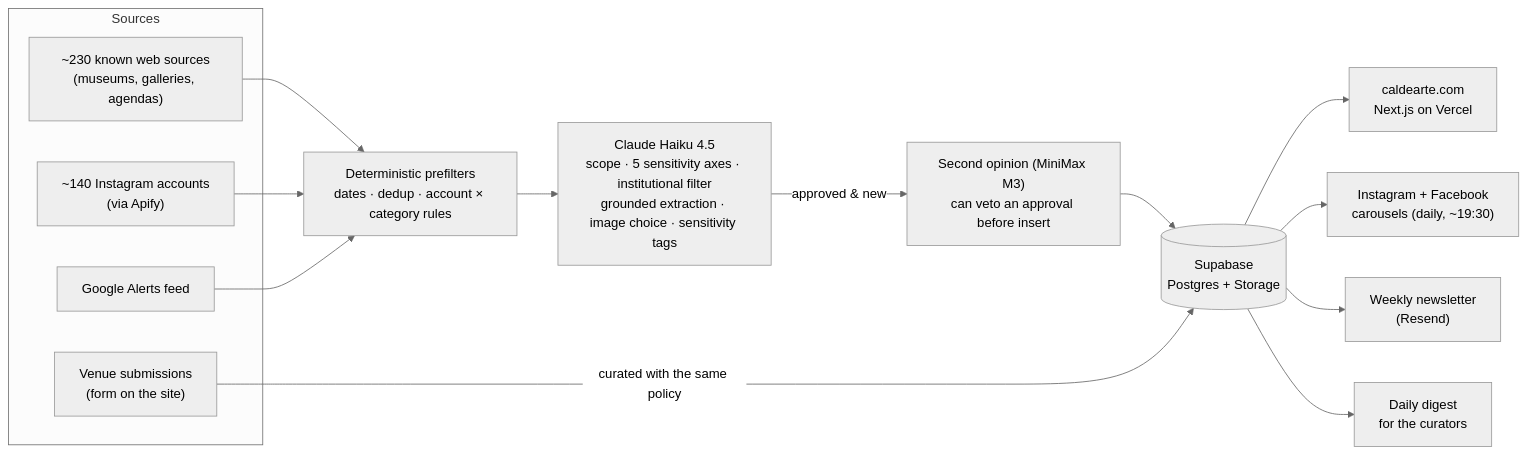
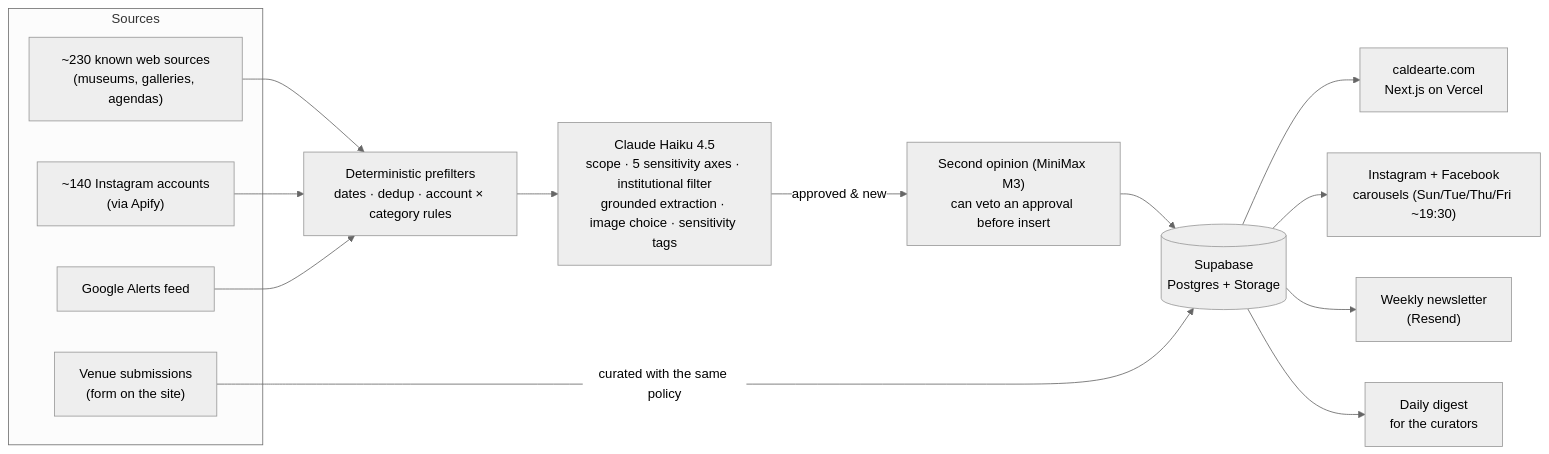
One commit to caldearte/caldearte changed the diagram in README.md. Above: the diagram before and after it, drawn with Mermaid (neutral theme). The commit also changed other lines of this file and 4 other files, not shown here.

````diff
--- a/README.md
+++ b/README.md
@@ -38,20 +38,20 @@
 ```mermaid
 flowchart LR
   subgraph Sources
     A["~230 known web sources<br/>(museums, galleries, agendas)"]
     B["~140 Instagram accounts<br/>(via Apify)"]
     C["Google Alerts feed"]
     D["Venue submissions<br/>(form on the site)"]
   end
 
   A & B & C --> P["Deterministic prefilters<br/>dates · dedup · account × category rules"]
   P --> H["Claude Haiku 4.5<br/>scope · 5 sensitivity axes · institutional filter<br/>grounded extraction · image choice · sensitivity tags"]
   H -- approved & new --> M["Second opinion (MiniMax M3)<br/>can veto an approval before insert"]
   M --> DB[("Supabase<br/>Postgres + Storage")]
   D -- curated with the same policy --> DB
 
   DB --> W["caldearte.com<br/>Next.js on Vercel"]
-  DB --> S["Instagram + Facebook<br/>carousels (daily, ~19:30)"]
+  DB --> S["Instagram + Facebook<br/>carousels (Sun/Tue/Thu/Fri ~19:30)"]
   DB --> N["Weekly newsletter<br/>(Resend)"]
   DB --> G["Daily digest<br/>for the curators"]
 ```
````
